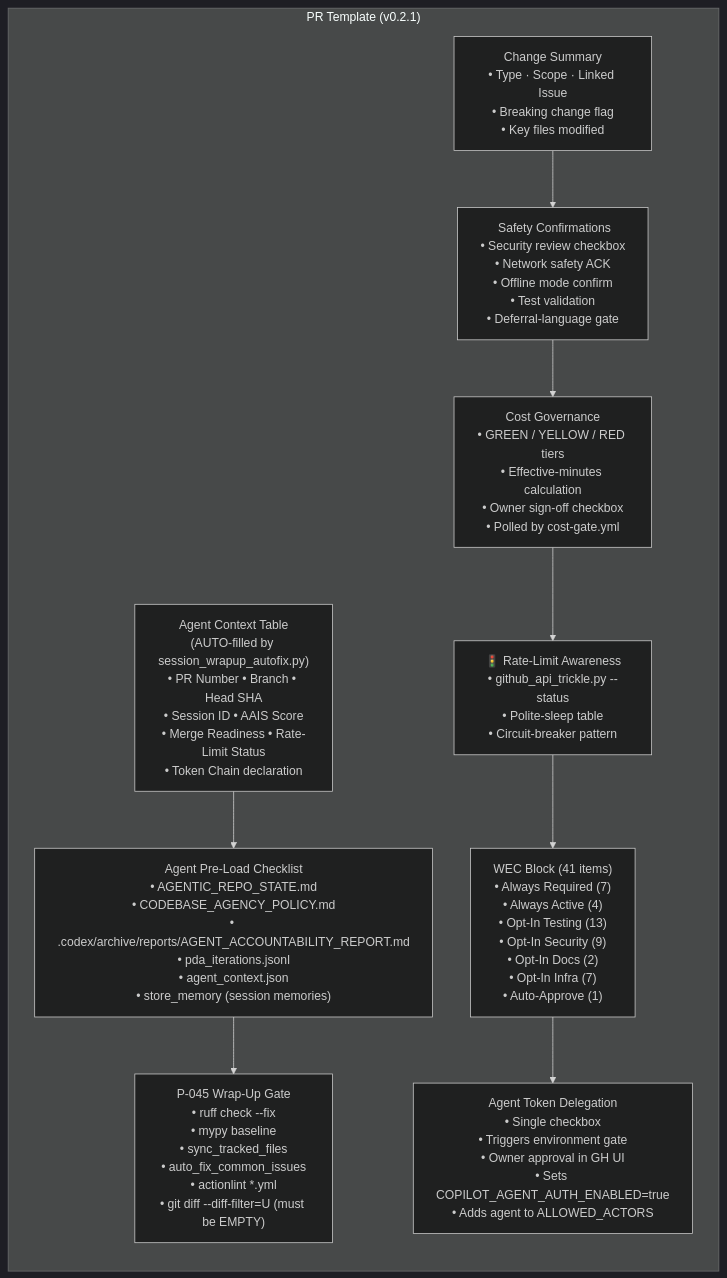
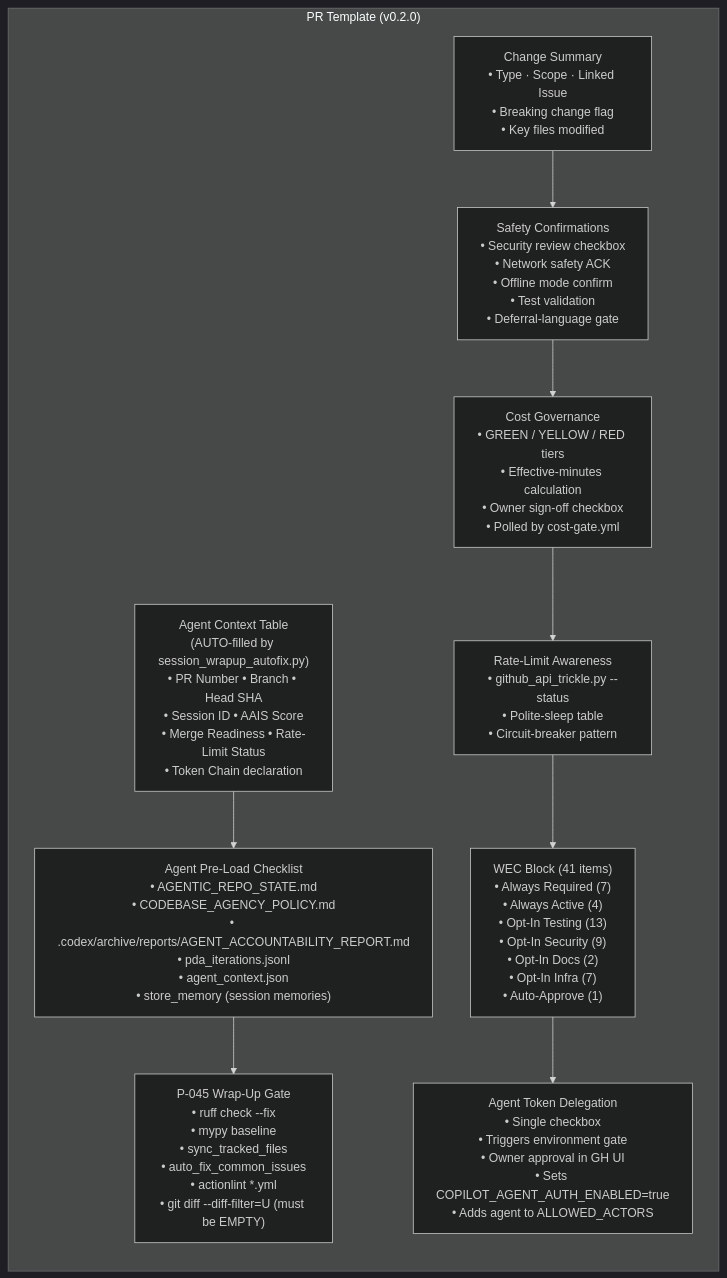
Before and after one commit to Aries-Serpent/_codex_: the third of 12 diagrams in docs/plans/AUTONOMOUS_PRIVILEGE_ARCHITECTURE.md, drawn with Mermaid (dark theme). The commit also changed other lines of this file and 4117 other files, not shown here.

````diff
--- a/docs/plans/AUTONOMOUS_PRIVILEGE_ARCHITECTURE.md
+++ b/docs/plans/AUTONOMOUS_PRIVILEGE_ARCHITECTURE.md
@@ -112,18 +130,20 @@
 ```mermaid
-%%{init: {'accessibility': {'title': 'Flowchart showing " PR Template (v0.2.1)", " Agent Context Table\n(AUTO-filled by session_wrapup_autofix.py)\n• PR Number • Branch • Head SHA\n• Session ID • AAIS Score\n• Merge Readiness • Rate-Limit Status\n• Token Chain declaration"'}}%%
+%%{init: {'accessibility': {'title': 'Flowchart showing " PR Template (v0.2.0)", " Agent Context Table\n(AUTO-filled by session_wrapup_autofix.py)\n• PR Number • Branch • Head SHA\n• Session ID • AAIS Score\n• Merge Readiness • Rate-Limit Status\n• Token Chain declaration"'}}%%
+
 graph LR
-    subgraph TEMPLATE[" PR Template (v0.2.1)"]
-        META[" Agent Context Table\n(AUTO-filled by session_wrapup_autofix.py)\n• PR Number • Branch • Head SHA\n• Session ID • AAIS Score\n• Merge Readiness • Rate-Limit Status\n• Token Chain declaration"]
-        PRE[" Agent Pre-Load Checklist\n• AGENTIC_REPO_STATE.md\n• CODEBASE_AGENCY_POLICY.md\n• .codex/archive/reports/AGENT_ACCOUNTABILITY_REPORT.md\n• pda_iterations.jsonl\n• agent_context.json\n• store_memory (session memories)"]
-        P045[" P-045 Wrap-Up Gate\n• ruff check --fix\n• mypy baseline\n• sync_tracked_files\n• auto_fix_common_issues\n• actionlint *.yml\n• git diff --diff-filter=U (must be EMPTY)"]
-        CHANGE[" Change Summary\n• Type · Scope · Linked Issue\n• Breaking change flag\n• Key files modified"]
-        SAFETY["️ Safety Confirmations\n• Security review checkbox\n• Network safety ACK\n• Offline mode confirm\n• Test validation\n• Deferral-language gate"]
-        COST[" Cost Governance\n• GREEN / YELLOW / RED tiers\n• Effective-minutes calculation\n• Owner sign-off checkbox\n• Polled by cost-gate.yml"]
-        RATELIMIT["🚦 Rate-Limit Awareness\n• github_api_trickle.py --status\n• Polite-sleep table\n• Circuit-breaker pattern"]
-        WEC_BLOCK[" WEC Block (41 items)\n• Always Required (7)\n• Always Active (4)\n• Opt-In Testing (13)\n• Opt-In Security (9)\n• Opt-In Docs (2)\n• Opt-In Infra (7)\n• Auto-Approve (1)"]
-        DELEGATION[" Agent Token Delegation\n• Single checkbox\n• Triggers environment gate\n• Owner approval in GH UI\n• Sets COPILOT_AGENT_AUTH_ENABLED=true\n• Adds agent to ALLOWED_ACTORS"]
-    end
+ subgraph TEMPLATE[" PR Template (v0.2.0)"]
+ META[" Agent Context Table\n(AUTO-filled by session_wrapup_autofix.py)\n• PR Number • Branch • Head SHA\n• Session ID • AAIS Score\n• Merge Readiness • Rate-Limit Status\n• Token Chain declaration"]
+ PRE[" Agent Pre-Load Checklist\n• AGENTIC_REPO_STATE.md\n• CODEBASE_AGENCY_POLICY.md\n• .codex/archive/reports/AGENT_ACCOUNTABILITY_REPORT.md\n• pda_iterations.jsonl\n• agent_context.json\n• store_memory (session memories)"]
+ P045[" P-045 Wrap-Up Gate\n• ruff check --fix\n• mypy baseline\n• sync_tracked_files\n• auto_fix_common_issues\n• actionlint *.yml\n• git diff --diff-filter=U (must be EMPTY)"]
+ CHANGE[" Change Summary\n• Type · Scope · Linked Issue\n• Breaking change flag\n• Key files modified"]
+ SAFETY[" Safety Confirmations\n• Security review checkbox\n• Network safety ACK\n• Offline mode confirm\n• Test validation\n• Deferral-language gate"]
+ COST[" Cost Governance\n• GREEN / YELLOW / RED tiers\n• Effective-minutes calculation\n• Owner sign-off checkbox\n• Polled by cost-gate.yml"]
+ RATELIMIT[" Rate-Limit Awareness\n• github_api_trickle.py --status\n• Polite-sleep table\n• Circuit-breaker pattern"]
+ WEC_BLOCK[" WEC Block (41 items)\n• Always Required (7)\n• Always Active (4)\n• Opt-In Testing (13)\n• Opt-In Security (9)\n• Opt-In Docs (2)\n• Opt-In Infra (7)\n• Auto-Approve (1)"]
+ DELEGATION[" Agent Token Delegation\n• Single checkbox\n• Triggers environment gate\n• Owner approval in GH UI\n• Sets COPILOT_AGENT_AUTH_ENABLED=true\n• Adds agent to ALLOWED_ACTORS"]
+ end
 
-    META --> PRE --> P045
-    CHANGE --> SAFETY --> COST --> RATELIMIT --> WEC_BLOCK --> DELEGATION
+ META --> PRE --> P045
+
+ CHANGE --> SAFETY --> COST --> RATELIMIT --> WEC_BLOCK --> DELEGATION
 ```
````
